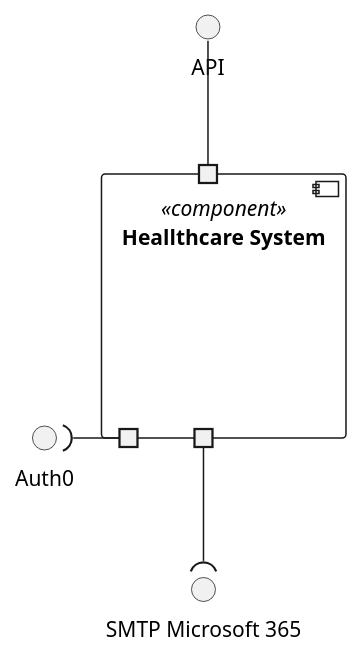
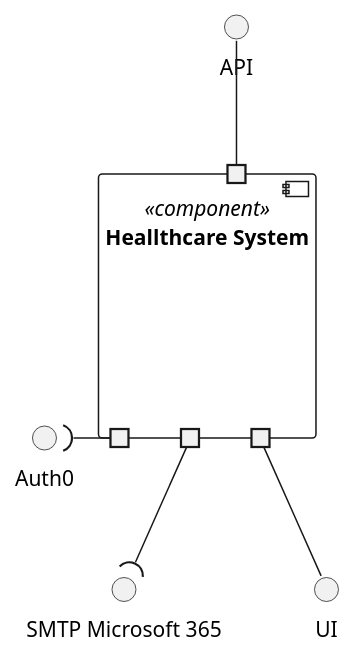
Before and after one commit to Lapr5G21/sem5pi-24-25-3ddg21: the diagram in docs/LogicViews/Level1/logicViewLevel1.puml, drawn with PlantUML. The commit also changed 13 other files, not shown here.

```diff
--- a/docs/LogicViews/Level1/logicViewLevel1.puml
+++ b/docs/LogicViews/Level1/logicViewLevel1.puml
@@ -1,19 +1,22 @@
 @startuml logical-view
 top to bottom direction
  
 interface "API" as API
 interface "Auth0" as AUTH0
 interface "SMTP Microsoft 365" as SMTP
+interface "UI" as UI
  
 component "Heallthcare System" <<component>> {
   
     portin " " as BEPI
     portout " " as BEPOAUTH0
     portout " " as BEPOSMTP
+    portout " " as BEPOUI
 }
  
 BEPI -u- API 
 BEPOAUTH0 -l-( AUTH0
 BEPOSMTP --( SMTP
+BEPOUI -- UI
  
 @enduml
```
